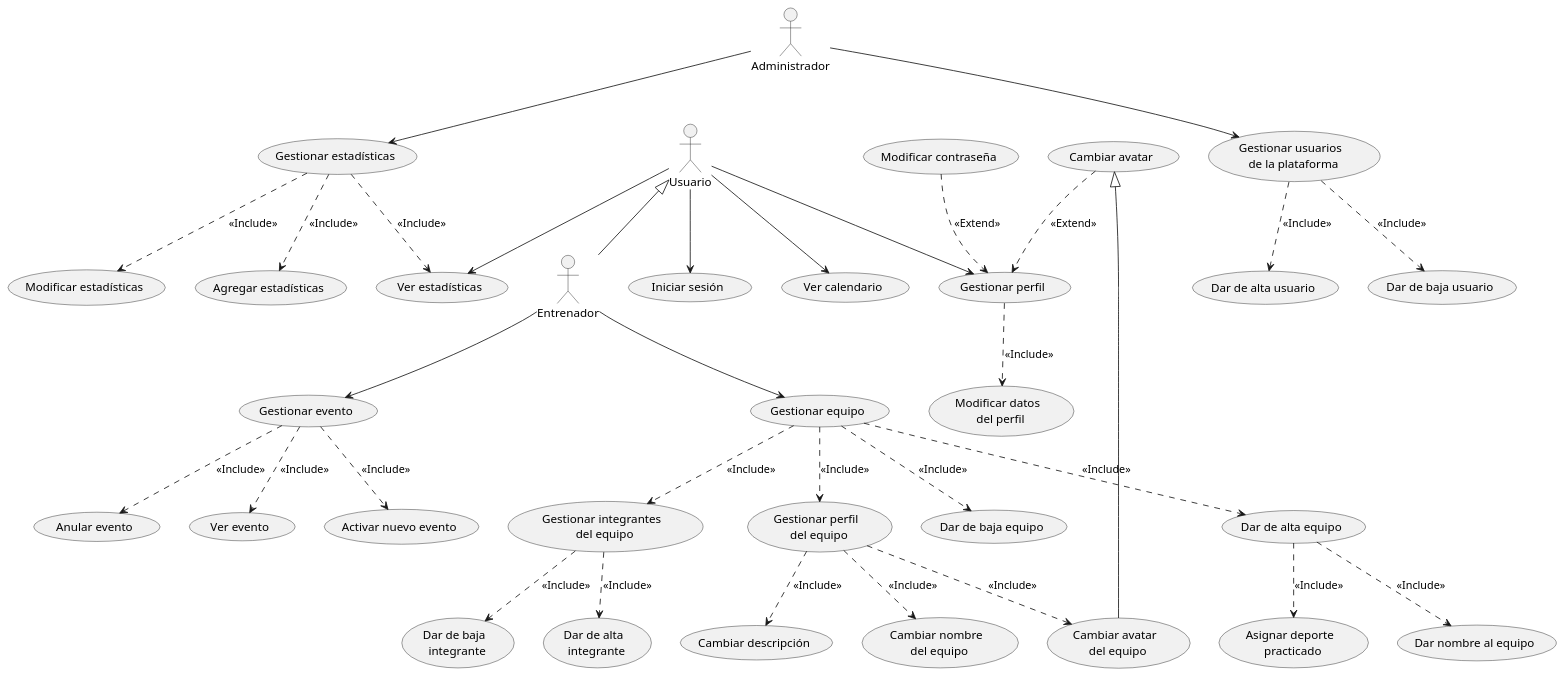
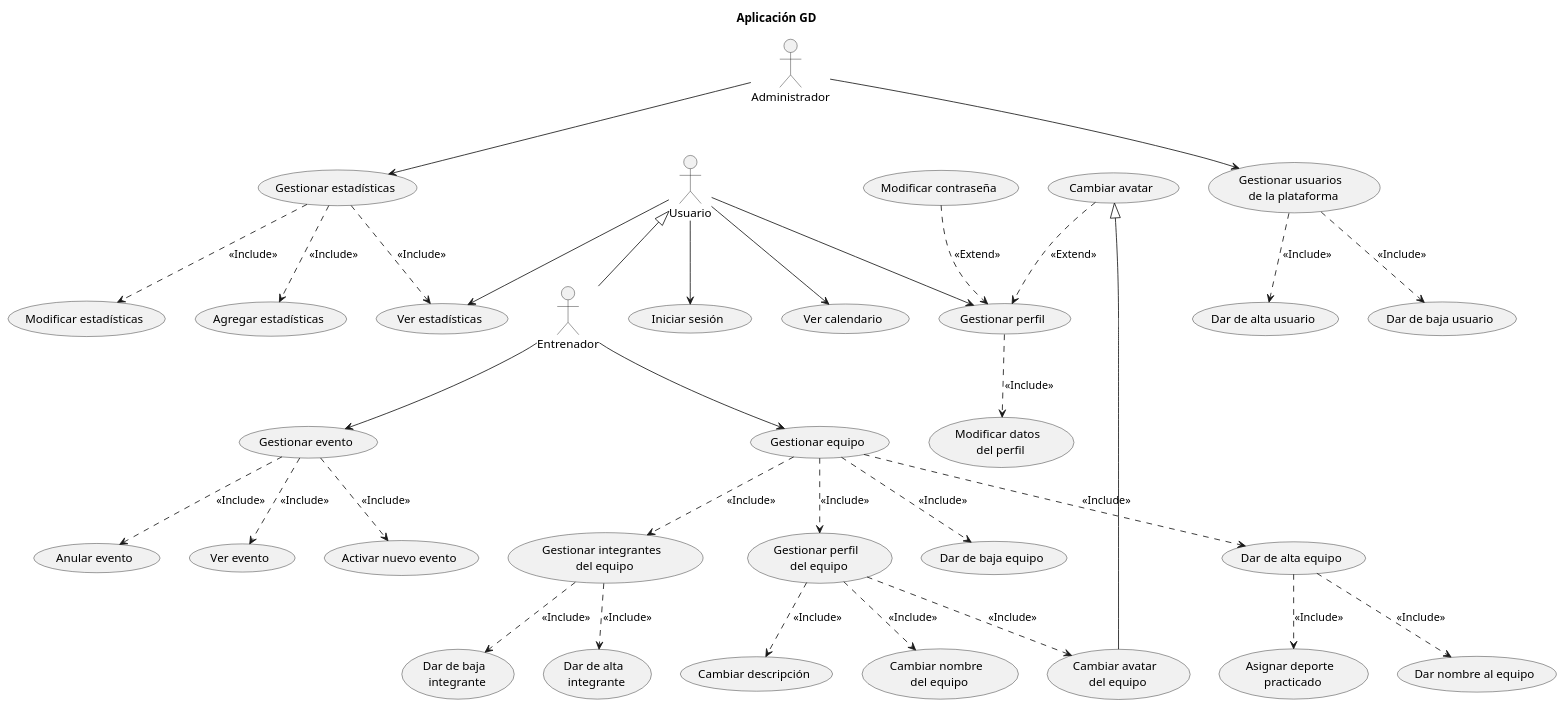
One commit to emg842/INRE-UAL-ROJO-2022 changed the diagram in LAB0/src/aplicacion_gd.puml. Above: the diagram before and after it, drawn with PlantUML. The commit also changed 6 other files, not shown here.

Commit message:
Puesta a punto de los diagramas de la actividad lab0

```diff
--- a/LAB0/src/aplicacion_gd.puml
+++ b/LAB0/src/aplicacion_gd.puml
@@ -1,73 +1,74 @@
 @startuml aplicacion_gd
+title Aplicación GD
 
 :Administrador: as A1
 :Entrenador: as A2
 :Usuario: as A3
 
 (Activar nuevo evento) as UC1
 (Agregar estadísticas) as UC2
 (Anular evento) as UC3
 (Asignar deporte \n practicado) as UC4
 (Cambiar avatar) as UC5
 (Cambiar avatar \n del equipo) as UC6
 (Cambiar descripción) as UC7
 (Cambiar nombre \n del equipo) as UC8
 (Dar de baja equipo) as UC9
 (Dar de baja \n integrante) as UC10
 (Dar de baja usuario)  as UC11
 (Dar de alta equipo) as UC12
 (Dar de alta \n integrante) as UC13
 (Dar de alta usuario) as UC14
 (Dar nombre al equipo) as UC15
 (Gestionar equipo) as UC16
 (Gestionar estadísticas) as UC17
 (Gestionar evento) as UC18
 (Gestionar integrantes \n del equipo) as UC19
 (Gestionar perfil) as UC20
 (Gestionar perfil \n del equipo) as UC21
 (Gestionar usuarios \n de la plataforma) as UC22
 (Iniciar sesión) as UC23
 (Modificar contraseña) as UC24
 (Modificar datos \n del perfil) as UC25
 (Modificar estadísticas) as UC26
 (Ver calendario) as UC27
 (Ver estadísticas) as UC28
 (Ver evento) as UC29
 
 A1 --> UC17
 A1 --> UC22
 A2 --> UC16
 A2 --> UC18
 A3 --> UC20
 A3 --> UC23
 A3 --> UC27
 A3 --> UC28
 
 A3 <|-- A2
 UC5 <|-- UC6
 
 UC5 ..> UC20 : <<Extend>>
 UC24 ..> UC20 : <<Extend>>
 
 UC12 ..> UC4 : <<Include>>
 UC12 ..> UC15 : <<Include>>
 UC16 ..> UC9 : <<Include>>
 UC16 ..> UC12 : <<Include>>
 UC16 ..> UC19 : <<Include>>
 UC16 ..> UC21 : <<Include>>
 UC17 ..> UC2 : <<Include>>
 UC17 ..> UC26 : <<Include>>
 UC17 ..> UC28 : <<Include>>
 UC18 ..> UC1 : <<Include>>
 UC18 ..> UC3 : <<Include>>
 UC18 ..> UC29 : <<Include>>
 UC19 ..> UC10 : <<Include>>
 UC19 ..> UC13 : <<Include>>
 UC20 ..> UC25 : <<Include>>
 UC21 ..> UC6 : <<Include>>
 UC21 ..> UC7 : <<Include>>
 UC21 ..> UC8 : <<Include>>
 UC22 ..> UC11 : <<Include>>
 UC22 ..> UC14 : <<Include>>
 
 @enduml
```
